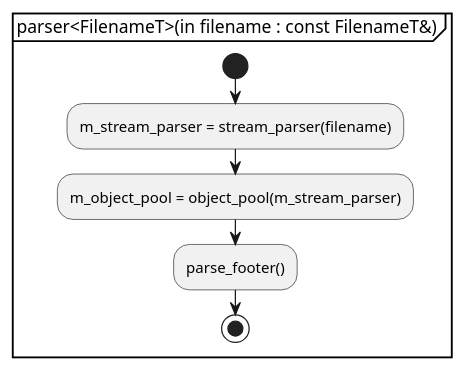
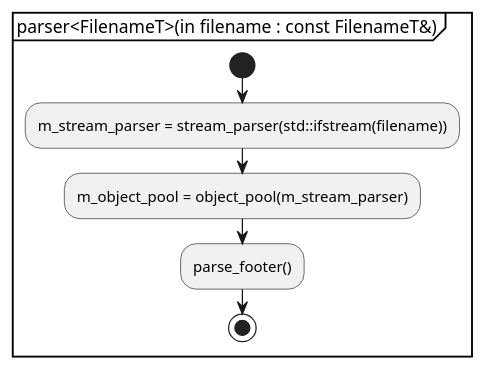
One commit to KodaiYM/PDFReader changed the first of 2 diagrams in document/parser.activity.pu. Above: the diagram before and after it, drawn with PlantUML. The commit also changed 21 other files, not shown here.

```diff
--- a/document/parser.activity.pu
+++ b/document/parser.activity.pu
@@ -1,9 +1,9 @@
 @startuml parser
 partition "parser<FilenameT>(in filename : const FilenameT&)" {
 start
-	:m_stream_parser = stream_parser(filename);
+	:m_stream_parser = stream_parser(std::ifstream(filename));
 	:m_object_pool = object_pool(m_stream_parser);
 	:parse_footer();
 stop
 }
 @enduml
```
